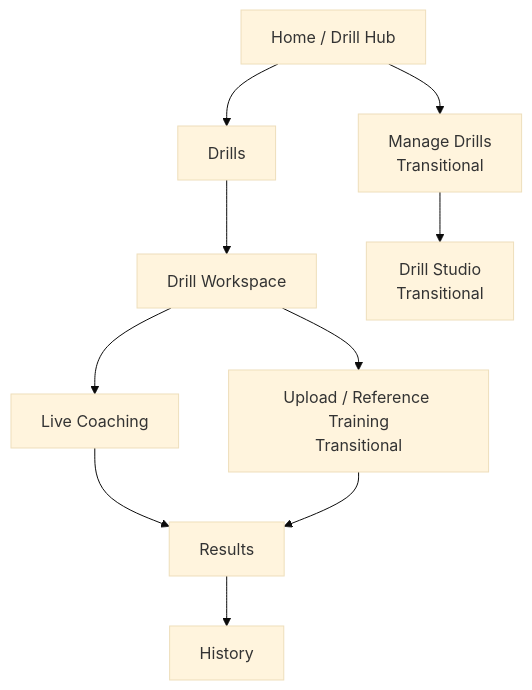
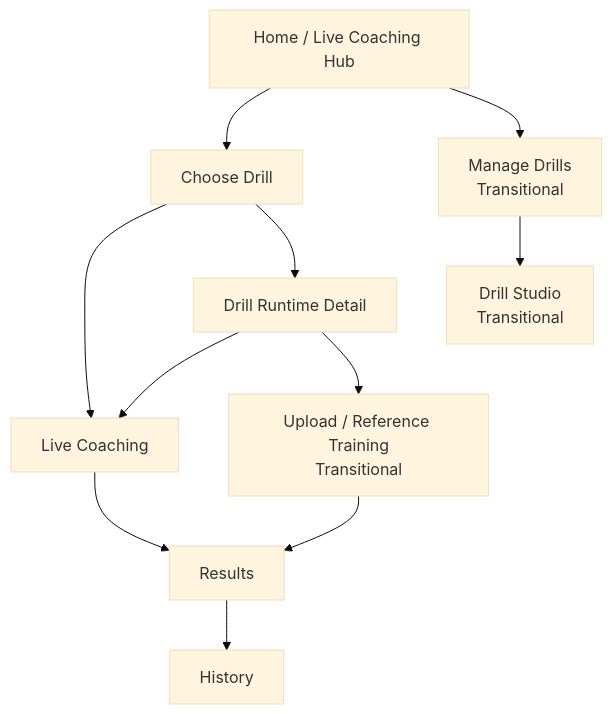
The second of 2 diagrams in docs/features/current-user-flows.md (Voycepeh/CaliVision), drawn with Mermaid (base theme) before and after one commit. The commit also changed other lines of this file and 12 other files, not shown here.

Commit message:
Refocus Android UX around live coaching runtime

````diff
--- a/docs/features/current-user-flows.md
+++ b/docs/features/current-user-flows.md
@@ -44,17 +44,18 @@
 ```mermaid
 flowchart TD
-    HOME[Home / Drill Hub]
-    DRILLS[Drills]
-    WORKSPACE[Drill Workspace]
+    HOME[Home / Live Coaching Hub]
+    START[Choose Drill]
+    WORKSPACE[Drill Runtime Detail]
     LIVE[Live Coaching]
     UPLOAD[Upload / Reference Training\nTransitional]
     MANAGE[Manage Drills\nTransitional]
     STUDIO[Drill Studio\nTransitional]
     RESULTS[Results]
     HISTORY[History]
 
-    HOME --> DRILLS --> WORKSPACE --> LIVE --> RESULTS
+    HOME --> START --> LIVE --> RESULTS
+    START --> WORKSPACE --> LIVE
     WORKSPACE --> UPLOAD --> RESULTS
     HOME --> MANAGE --> STUDIO
     RESULTS --> HISTORY
 ```
````
